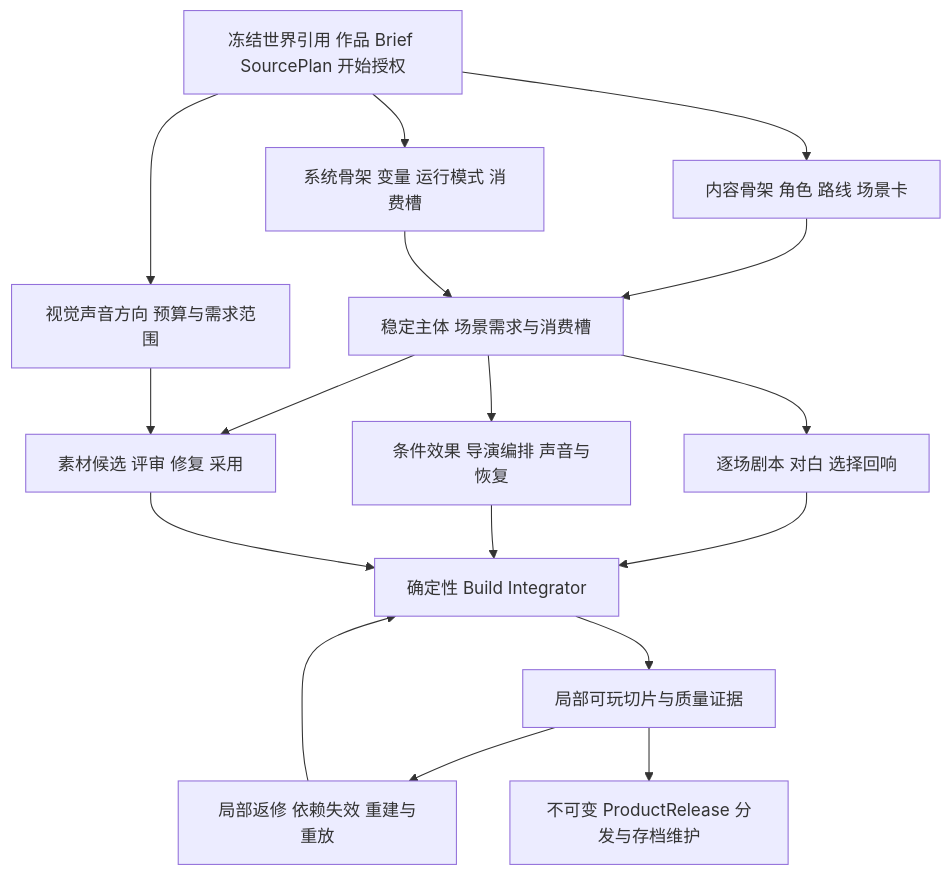
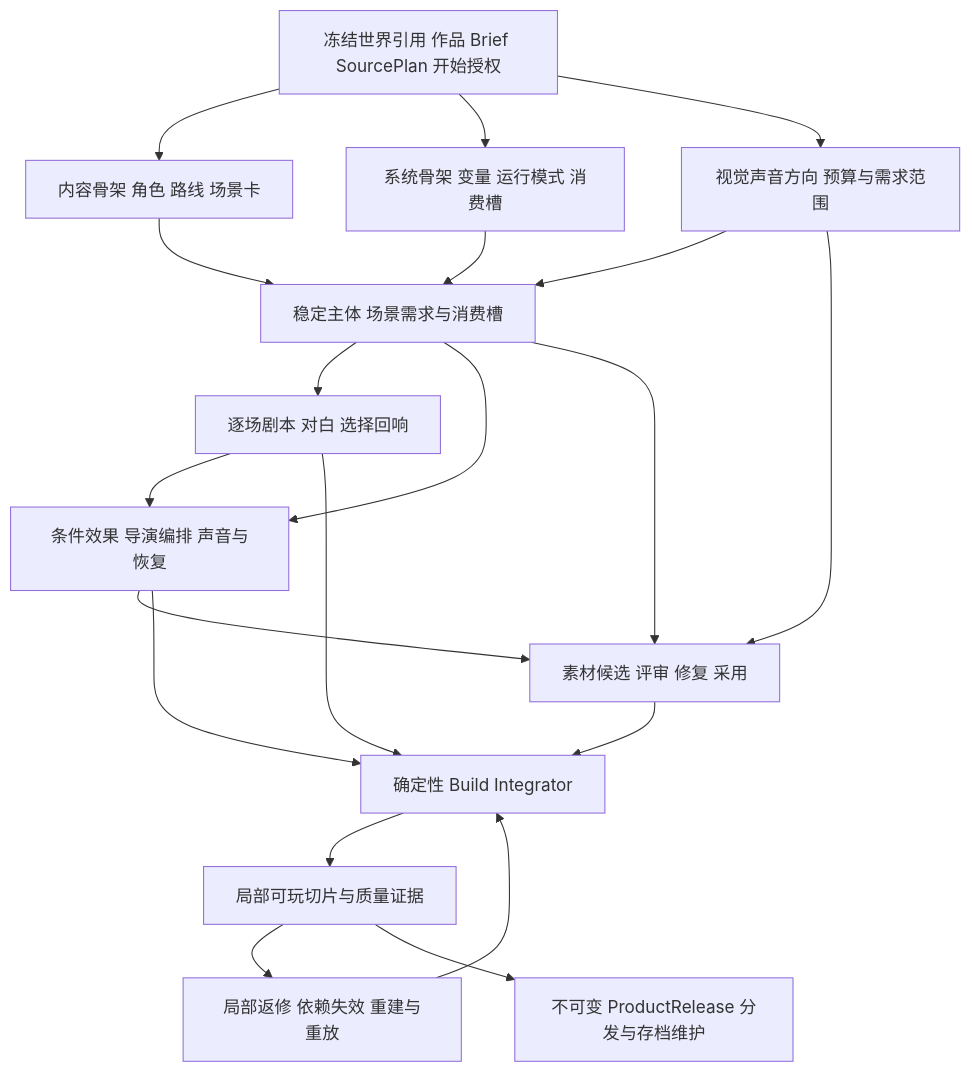
One commit to jiweigithub/storyforge changed the diagram in docs/audits/AVG-PRODUCTION-RESEARCH-20261013.md. Above: the diagram before and after it, drawn with Mermaid. The commit also changed other lines of this file and 1 other file, not shown here.

````diff
--- a/docs/audits/AVG-PRODUCTION-RESEARCH-20261013.md
+++ b/docs/audits/AVG-PRODUCTION-RESEARCH-20261013.md
@@ -257,19 +363,22 @@
 ```mermaid
 flowchart TD
   I[冻结世界引用 作品 Brief SourcePlan 开始授权] --> C[内容骨架 角色 路线 场景卡]
   I --> S[系统骨架 变量 运行模式 消费槽]
   I --> M[视觉声音方向 预算与需求范围]
   C --> H[稳定主体 场景需求与消费槽]
   S --> H
+  M --> H
   H --> C1[逐场剧本 对白 选择回响]
   H --> S1[条件效果 导演编排 声音与恢复]
   H --> M1[素材候选 评审 修复 采用]
   M --> M1
+  C1 --> S1
+  S1 --> M1
   C1 --> B[确定性 Build Integrator]
   S1 --> B
   M1 --> B
   B --> P[局部可玩切片与质量证据]
   P --> R[局部返修 依赖失效 重建与重放]
   R --> B
   P --> F[不可变 ProductRelease 分发与存档维护]
 ```
````
